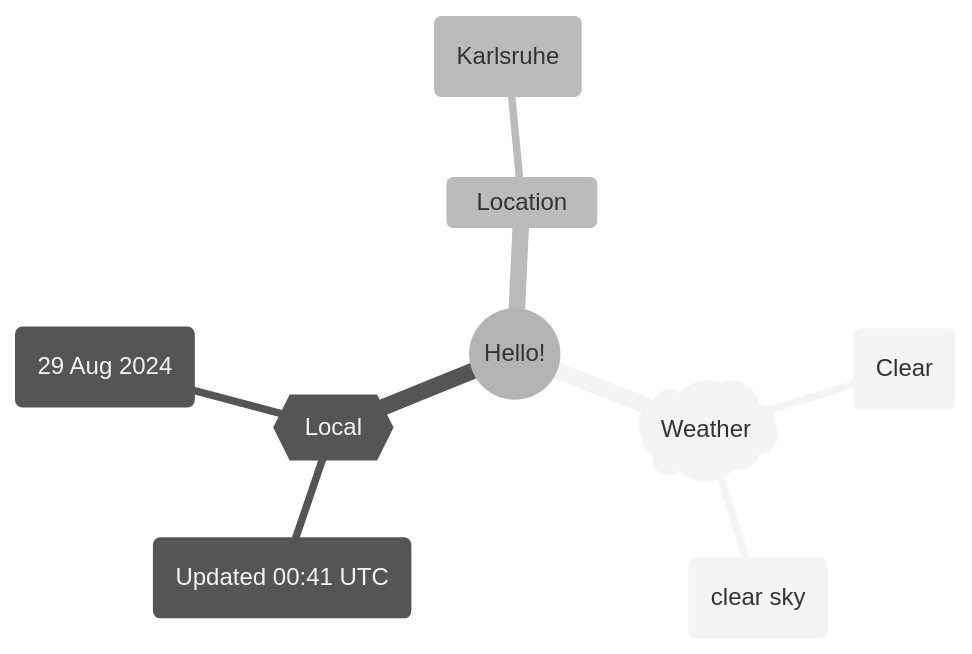
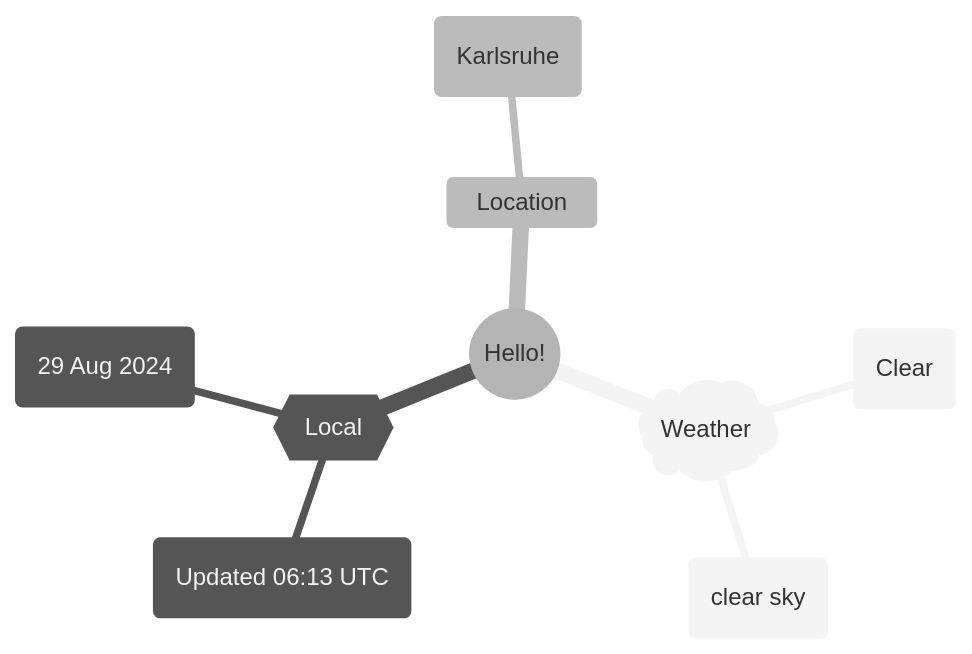
The first of 2 diagrams in README.md (Xosrov/Xosrov), drawn with Mermaid (neutral theme) before and after one commit.

Commit message:
[bot] updated images

````diff
--- a/README.md
+++ b/README.md
@@ -3,12 +3,12 @@
 ```mermaid
 mindmap
   root((Hello!))
     )Weather(
         (Clear)
         (clear sky)
     {{Local}}
-        (Updated 00:41 UTC)
+        (Updated 06:13 UTC)
         (29 Aug 2024)
     Location
         (Karlsruhe)
 ```
````
